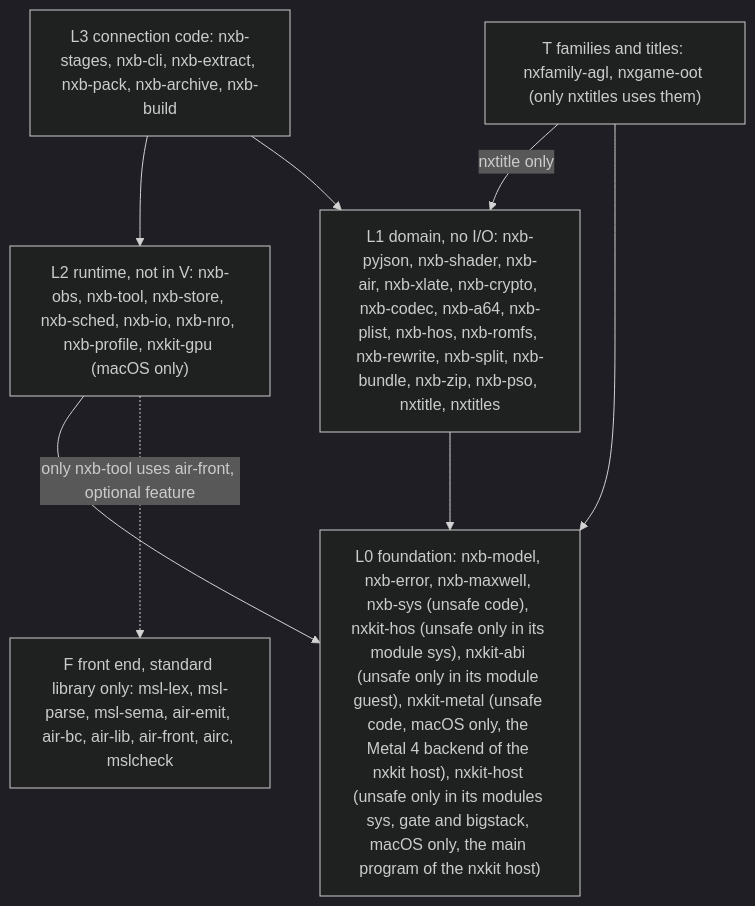
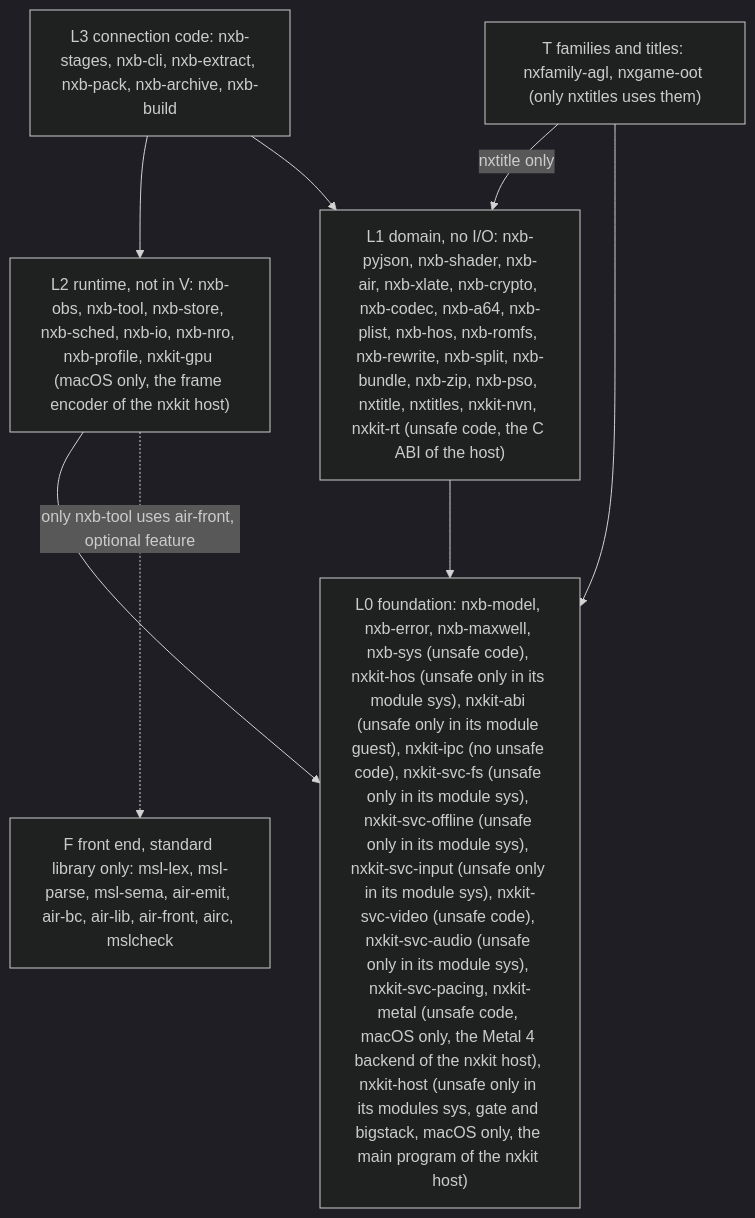
The first of 2 diagrams in docs/architecture.md (b4f8abbb24dbf56a7d0280f296e16eeb/nxkit), drawn with Mermaid (dark theme) before and after one commit. The commit also changed other lines of this file and 3 other files, not shown here.

````diff
--- a/docs/architecture.md
+++ b/docs/architecture.md
@@ -20,23 +19,14 @@
 ```mermaid
 flowchart TD
   L3["L3 connection code: nxb-stages, nxb-cli, nxb-extract, nxb-pack, nxb-archive, nxb-build"]
-  L2["L2 runtime, not in V: nxb-obs, nxb-tool, nxb-store, nxb-sched, nxb-io, nxb-nro, nxb-profile"]
+  L2["L2 runtime, not in V: nxb-obs, nxb-tool, nxb-store, nxb-sched, nxb-io, nxb-nro, nxb-profile, nxkit-gpu (macOS only, the frame encoder of the nxkit host)"]
   L1["L1 domain, no I/O: nxb-pyjson, nxb-shader, nxb-air, nxb-xlate, nxb-crypto, nxb-codec, nxb-a64, nxb-plist, nxb-hos, nxb-romfs, nxb-rewrite, nxb-split, nxb-bundle, nxb-zip, nxb-pso, nxtitle, nxtitles, nxkit-nvn, nxkit-rt (unsafe code, the C ABI of the host)"]
-  L2["L2 runtime, not in V: nxb-obs, nxb-tool, nxb-store, nxb-sched, nxb-io, nxb-nro, nxb-profile, nxkit-gpu (macOS only)"]
-  L1["L1 domain, no I/O: nxb-pyjson, nxb-shader, nxb-air, nxb-xlate, nxb-crypto, nxb-codec, nxb-a64, nxb-plist, nxb-hos, nxb-romfs, nxb-rewrite, nxb-split, nxb-bundle, nxb-zip, nxb-pso, nxtitle, nxtitles"]
-  L0["L0 foundation: nxb-model, nxb-error, nxb-maxwell, nxb-sys (unsafe code), nxkit-hos (unsafe only in its module sys), nxkit-abi (unsafe only in its module guest), nxkit-metal (unsafe code, macOS only, the Metal 4 backend of the nxkit host)"]
-  L1["L1 domain, no I/O: nxb-pyjson, nxb-shader, nxb-air, nxb-xlate, nxb-crypto, nxb-codec, nxb-a64, nxb-plist, nxb-hos, nxb-romfs, nxb-rewrite, nxb-split, nxb-bundle, nxb-zip, nxb-pso, nxtitle, nxtitles"]
-  L0["L0 foundation: nxb-model, nxb-error, nxb-maxwell, nxb-sys (unsafe code), nxkit-hos (unsafe only in its module sys), nxkit-abi (unsafe only in its module guest), nxkit-ipc (no unsafe code), nxkit-svc-fs (unsafe only in its module sys), nxkit-svc-offline (unsafe only in its module sys), nxkit-metal (unsafe code, macOS only, the Metal 4 backend of the nxkit host)"]
-  L1["L1 domain, no I/O: nxb-pyjson, nxb-shader, nxb-air, nxb-xlate, nxb-crypto, nxb-codec, nxb-a64, nxb-plist, nxb-hos, nxb-romfs, nxb-rewrite, nxb-split, nxb-bundle, nxb-zip, nxb-pso, nxtitle, nxtitles"]
-  L0["L0 foundation: nxb-model, nxb-error, nxb-maxwell, nxb-sys (unsafe code), nxkit-hos (unsafe only in its module sys), nxkit-abi (unsafe only in its module guest), nxkit-metal (unsafe code, macOS only, the Metal 4 backend of the nxkit host), nxkit-svc-video (unsafe code, the video service of the nxkit host)"]
-  L1["L1 domain, no I/O: nxb-pyjson, nxb-shader, nxb-air, nxb-xlate, nxb-crypto, nxb-codec, nxb-a64, nxb-plist, nxb-hos, nxb-romfs, nxb-rewrite, nxb-split, nxb-bundle, nxb-zip, nxb-pso, nxtitle, nxtitles"]
-  L0["L0 foundation: nxb-model, nxb-error, nxb-maxwell, nxb-sys (unsafe code), nxkit-hos (unsafe only in its module sys), nxkit-abi (unsafe only in its module guest), nxkit-svc-audio (unsafe only in its module sys, macOS audio), nxkit-metal (unsafe code, macOS only, the Metal 4 backend of the nxkit host)"]
-  L0["L0 foundation: nxb-model, nxb-error, nxb-maxwell, nxb-sys (unsafe code), nxkit-hos (unsafe only in its module sys), nxkit-abi (unsafe only in its module guest), nxkit-metal (unsafe code, macOS only, the Metal 4 backend of the nxkit host), nxkit-host (unsafe only in its modules sys, gate and bigstack, macOS only, the main program of the nxkit host)"]
+  L0["L0 foundation: nxb-model, nxb-error, nxb-maxwell, nxb-sys (unsafe code), nxkit-hos (unsafe only in its module sys), nxkit-abi (unsafe only in its module guest), nxkit-ipc (no unsafe code), nxkit-svc-fs (unsafe only in its module sys), nxkit-svc-offline (unsafe only in its module sys), nxkit-svc-input (unsafe only in its module sys), nxkit-svc-video (unsafe code), nxkit-svc-audio (unsafe only in its module sys), nxkit-svc-pacing, nxkit-metal (unsafe code, macOS only, the Metal 4 backend of the nxkit host), nxkit-host (unsafe only in its modules sys, gate and bigstack, macOS only, the main program of the nxkit host)"]
   LT["T families and titles: nxfamily-agl, nxgame-oot (only nxtitles uses them)"]
   LF["F front end, standard library only: msl-lex, msl-parse, msl-sema, air-emit, air-bc, air-lib, air-front, airc, mslcheck"]
   L3 --> L2 --> L0
   L3 --> L1 --> L0
   LT -->|nxtitle only| L1
   LT --> L0
   L2 -.->|only nxb-tool uses air-front, optional feature| LF
 ```
````
